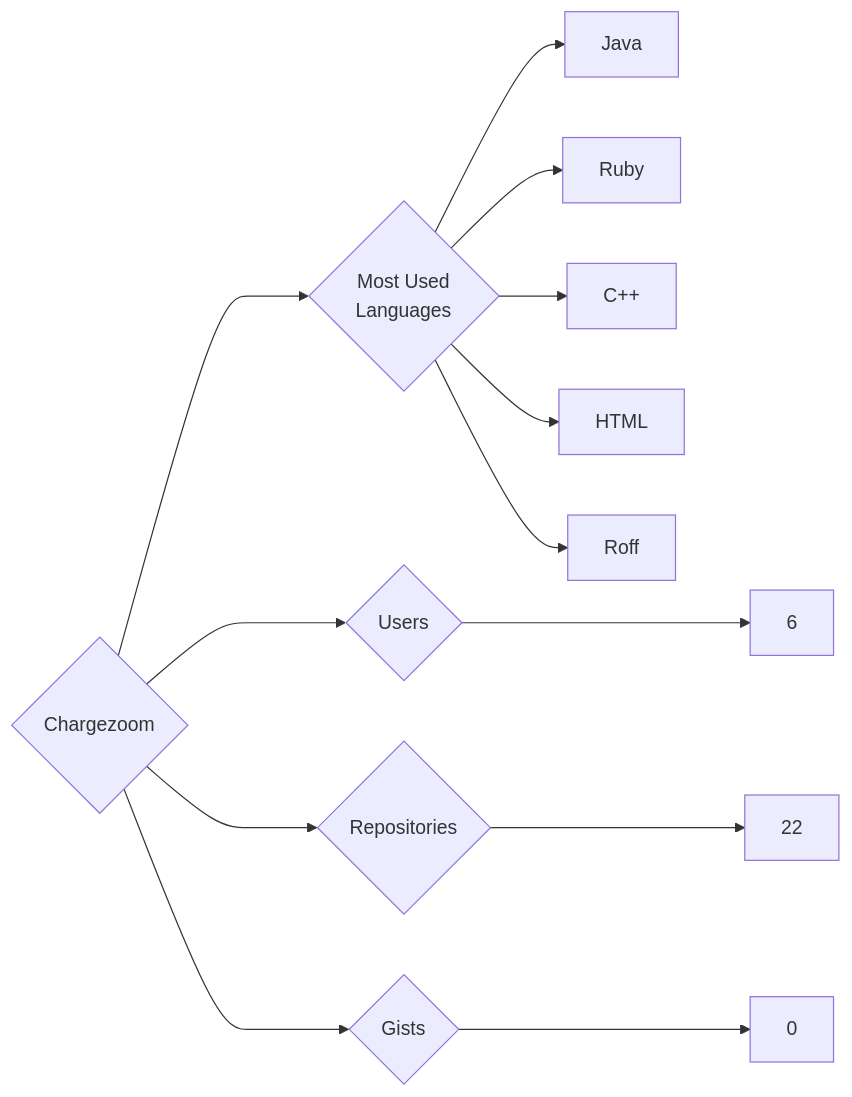
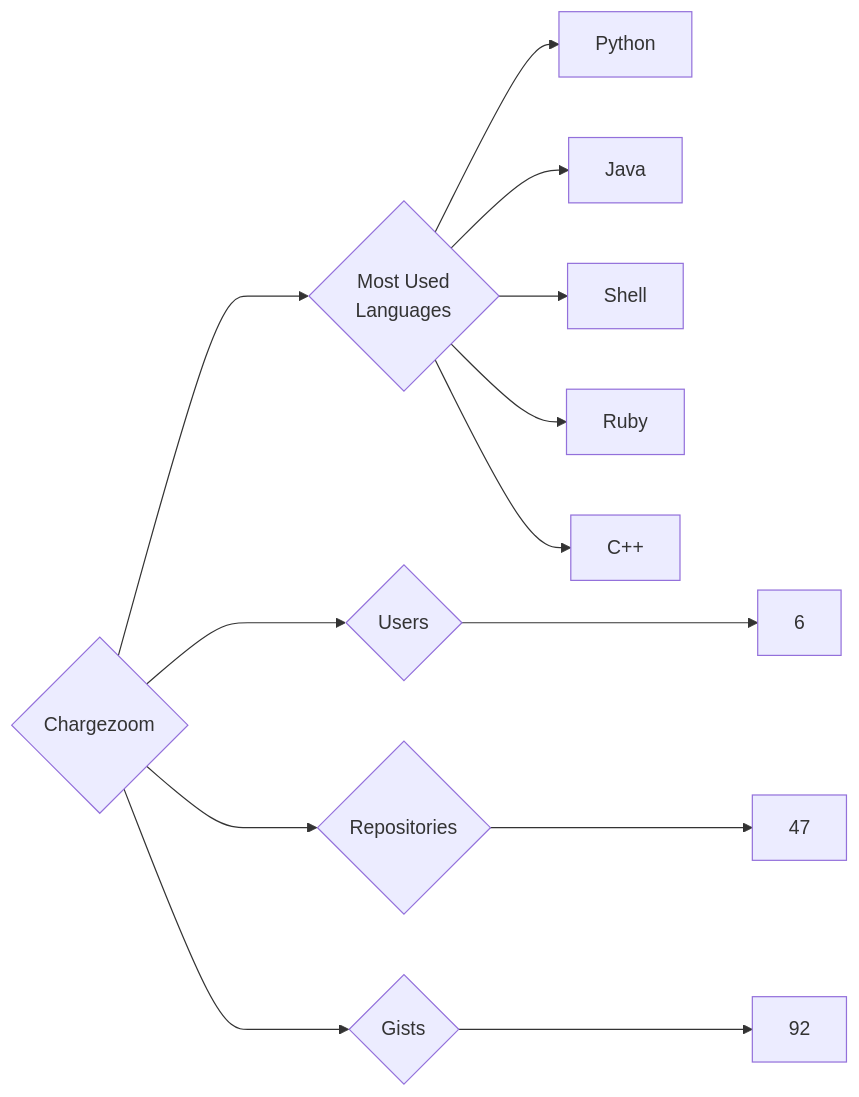
One commit to trickest/insiders changed the diagram in targets/Chargezoom/README.md. Above: the diagram before and after it, drawn with Mermaid. The commit also changed 1195 other files, not shown here.

````diff
--- a/targets/Chargezoom/README.md
+++ b/targets/Chargezoom/README.md
@@ -3,13 +3,13 @@
 ```mermaid
 graph LR
 COMPANY_NAME{Chargezoom}
 COMPANY_NAME ---> U{Users} ---> UN[6]
-COMPANY_NAME ---> R{Repositories} ---> RN[22]
-COMPANY_NAME ---> G{Gists} ---> GN[0]
+COMPANY_NAME ---> R{Repositories} ---> RN[47]
+COMPANY_NAME ---> G{Gists} ---> GN[92]
 COMPANY_NAME ---> ML{Most Used<br>Languages}
+ML --> Python[Python]
 ML --> Java[Java]
+ML --> Shell[Shell]
 ML --> Ruby[Ruby]
 ML --> C++[C++]
-ML --> HTML[HTML]
-ML --> Roff[Roff]
 ```
````
